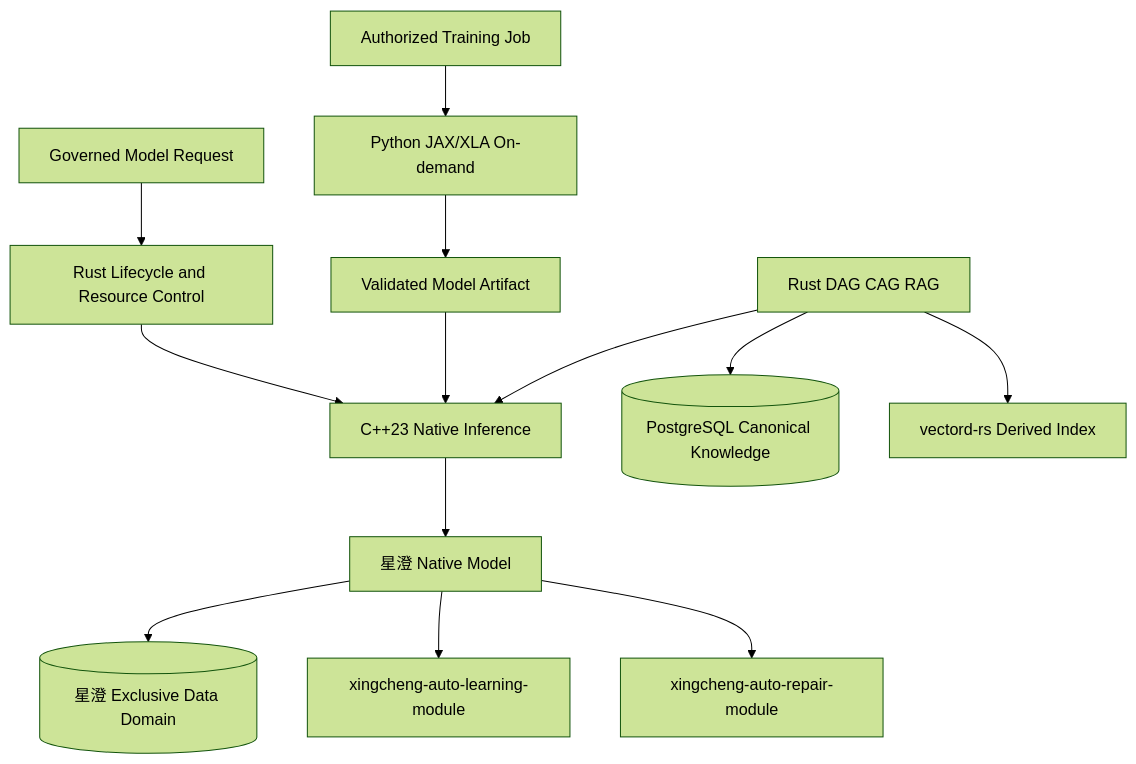
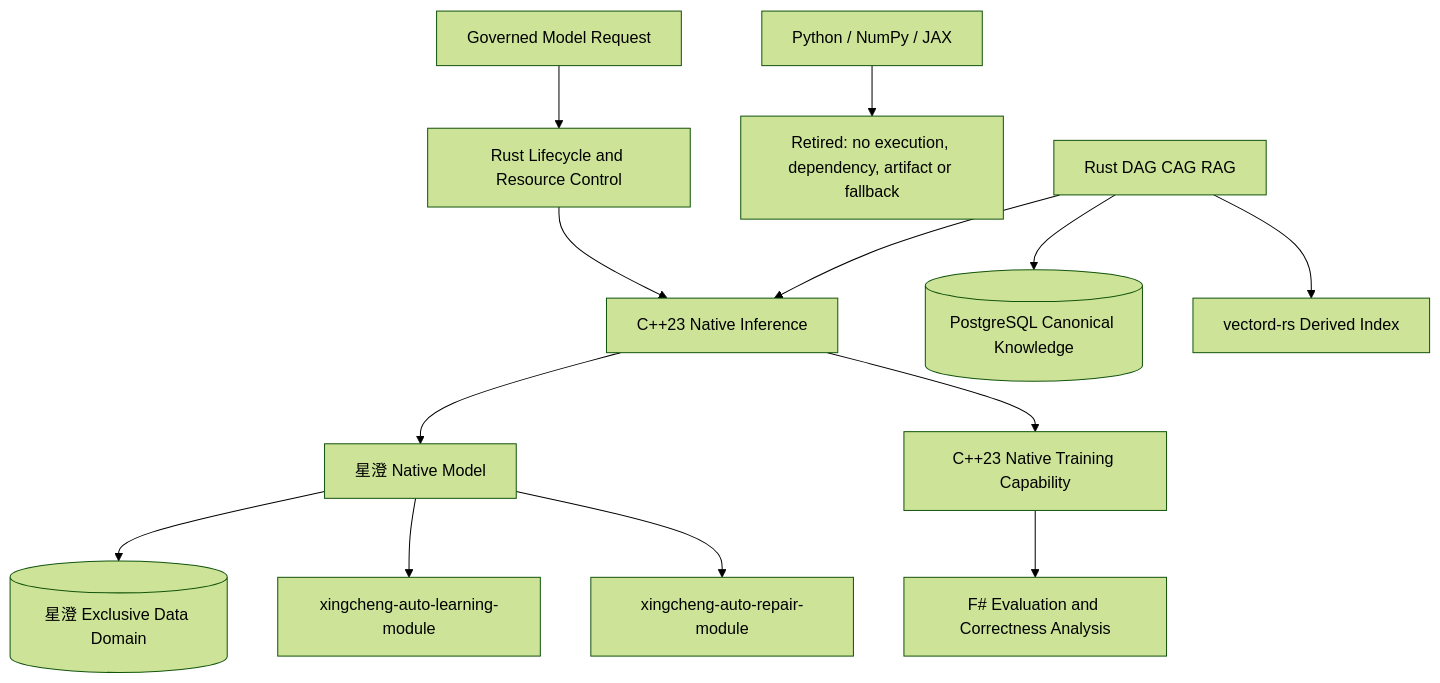
One commit to guilty442-source/GPTBridge changed the diagram in governance_rule/codex/architecture-tool-local-model.md. Above: the diagram before and after it, drawn with Mermaid (forest theme). The commit also changed other lines of this file and 114 other files, not shown here.

````diff
--- a/governance_rule/codex/architecture-tool-local-model.md
+++ b/governance_rule/codex/architecture-tool-local-model.md
@@ -3,15 +3,15 @@
 ```mermaid
 flowchart TB
   ENTRY[Governed Model Request] --> RUST[Rust Lifecycle and Resource Control]
   RUST --> CPP[C++23 Native Inference]
   CPP --> MODEL[星澄 Native Model]
   MODEL --> DATA[(星澄 Exclusive Data Domain)]
   MODEL --> LEARN[xingcheng-auto-learning-module]
   MODEL --> REPAIR[xingcheng-auto-repair-module]
-  JOB[Authorized Training Job] --> JAX[Python JAX/XLA On-demand]
-  JAX --> ARTIFACT[Validated Model Artifact]
-  ARTIFACT --> CPP
+  CPP --> TRAIN[C++23 Native Training Capability]
+  TRAIN --> FSHARP[F# Evaluation and Correctness Analysis]
+  RETIRED[Python / NumPy / JAX] --> DENY[Retired: no execution, dependency, artifact or fallback]
   RETRIEVE[Rust DAG CAG RAG] --> PG[(PostgreSQL Canonical Knowledge)]
   RETRIEVE --> VD[vectord-rs Derived Index]
   RETRIEVE --> CPP
 ```
````
